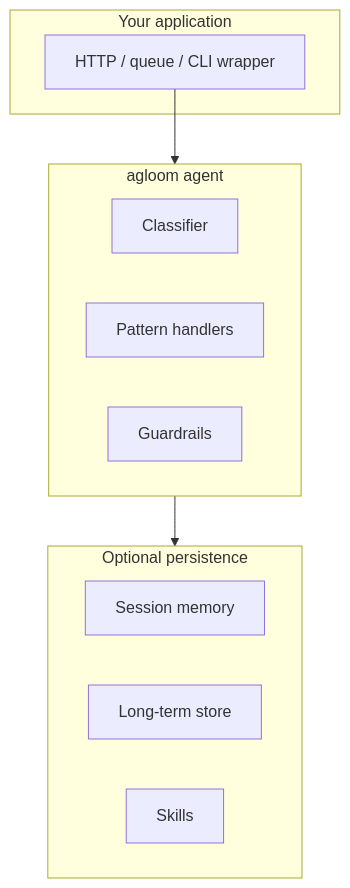
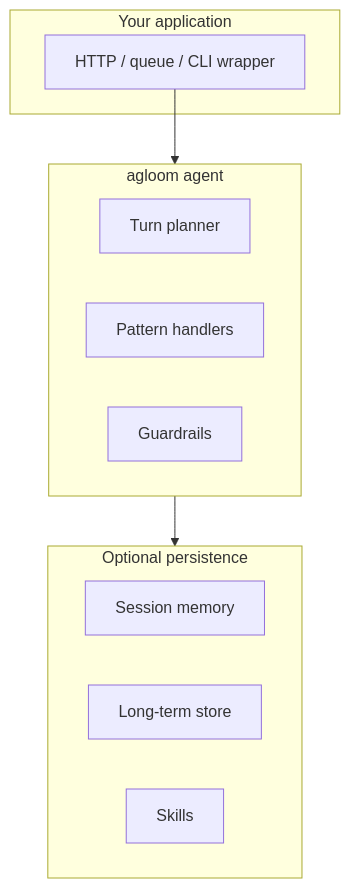
The second of 2 diagrams in agloom/docs/concepts/how-it-works.md (HELLOMEDHIRA/agloom), drawn with Mermaid before and after one commit. The commit also changed other lines of this file and 256 other files, not shown here.

````diff
--- a/agloom/docs/concepts/how-it-works.md
+++ b/agloom/docs/concepts/how-it-works.md
@@ -94,21 +101,21 @@
 ```mermaid
 graph TB
     subgraph app["Your application"]
         API[HTTP / queue / CLI wrapper]
     end
 
     subgraph agloom["agloom agent"]
-        CL[Classifier]
+        CL[Turn planner]
         PH[Pattern handlers]
         GU[Guardrails]
     end
 
     subgraph data["Optional persistence"]
         SM[Session memory]
         LT[Long-term store]
         SK[Skills]
     end
 
     API --> agloom
     agloom --> data
 ```
````
